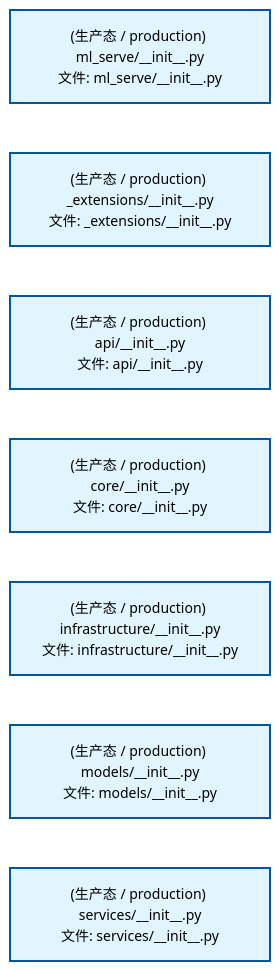
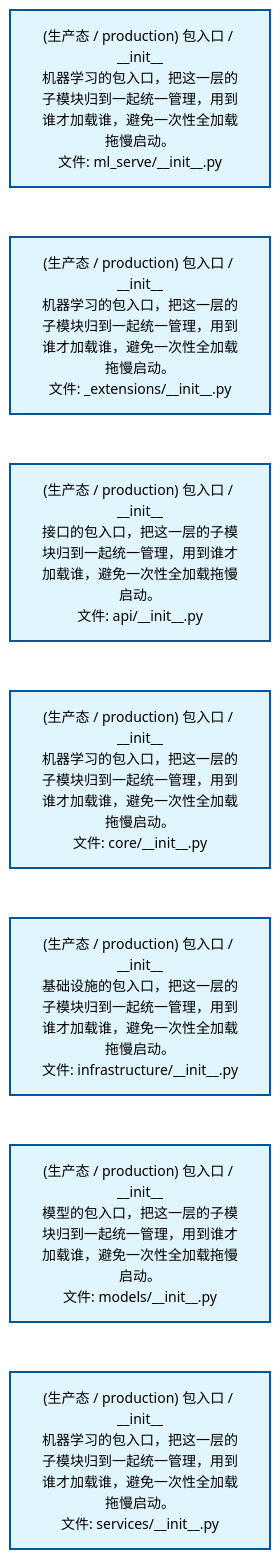
Before and after one commit to xuanFelixVan/ZephyrAlpha: the first of 2 diagrams in docs/02_enterprise_architecture/02_domain_architecture_docs/60_d_ml_serve.md, drawn with Mermaid. The commit also changed other lines of this file and 60 other files, not shown here.

````diff
--- a/docs/02_enterprise_architecture/02_domain_architecture_docs/60_d_ml_serve.md
+++ b/docs/02_enterprise_architecture/02_domain_architecture_docs/60_d_ml_serve.md
@@ -53,22 +53,22 @@
 ```mermaid
 %%{init: {'theme': 'base', 'themeVariables': {'primaryColor': '#eaeaea', 'primaryTextColor': '#333333', 'primaryBorderColor': '#666666', 'lineColor': '#666666', 'secondaryColor': '#eaeaea', 'tertiaryColor': '#eaeaea', 'fontSize': '14px'}}}%%
 flowchart TD
-    src_zephyr_ml_serve_init_py["(生产态 / production) ml_serve/__init__.py<br/>文件: ml_serve/__init__.py"]
-    src_zephyr_ml_serve_extensions_init_py["(生产态 / production) _extensions/__init__.py<br/>文件: _extensions/__init__.py"]
-    src_zephyr_ml_serve_api_init_py["(生产态 / production) api/__init__.py<br/>文件: api/__init__.py"]
-    src_zephyr_ml_serve_core_init_py["(生产态 / production) core/__init__.py<br/>文件: core/__init__.py"]
-    src_zephyr_ml_serve_infrastructure_init_py["(生产态 / production) infrastructure/__init__.py<br/>文件: infrastructure/__init__.py"]
-    src_zephyr_ml_serve_models_init_py["(生产态 / production) models/__init__.py<br/>文件: models/__init__.py"]
-    src_zephyr_ml_serve_services_init_py["(生产态 / production) services/__init__.py<br/>文件: services/__init__.py"]
+    src_zephyr_ml_serve_init_py["(生产态 / production) 包入口 / __init__<br/>机器学习的包入口，把这一层的子模块归到一起统一管理，用到谁才加载谁，避免一次性全加载拖慢启动。<br/>文件: ml_serve/__init__.py"]
+    src_zephyr_ml_serve_extensions_init_py["(生产态 / production) 包入口 / __init__<br/>机器学习的包入口，把这一层的子模块归到一起统一管理，用到谁才加载谁，避免一次性全加载拖慢启动。<br/>文件: _extensions/__init__.py"]
+    src_zephyr_ml_serve_api_init_py["(生产态 / production) 包入口 / __init__<br/>接口的包入口，把这一层的子模块归到一起统一管理，用到谁才加载谁，避免一次性全加载拖慢启动。<br/>文件: api/__init__.py"]
+    src_zephyr_ml_serve_core_init_py["(生产态 / production) 包入口 / __init__<br/>机器学习的包入口，把这一层的子模块归到一起统一管理，用到谁才加载谁，避免一次性全加载拖慢启动。<br/>文件: core/__init__.py"]
+    src_zephyr_ml_serve_infrastructure_init_py["(生产态 / production) 包入口 / __init__<br/>基础设施的包入口，把这一层的子模块归到一起统一管理，用到谁才加载谁，避免一次性全加载拖慢启动。<br/>文件: infrastructure/__init__.py"]
+    src_zephyr_ml_serve_models_init_py["(生产态 / production) 包入口 / __init__<br/>模型的包入口，把这一层的子模块归到一起统一管理，用到谁才加载谁，避免一次性全加载拖慢启动。<br/>文件: models/__init__.py"]
+    src_zephyr_ml_serve_services_init_py["(生产态 / production) 包入口 / __init__<br/>机器学习的包入口，把这一层的子模块归到一起统一管理，用到谁才加载谁，避免一次性全加载拖慢启动。<br/>文件: services/__init__.py"]
     src_zephyr_ml_serve_init_py ~~~ src_zephyr_ml_serve_extensions_init_py
     src_zephyr_ml_serve_extensions_init_py ~~~ src_zephyr_ml_serve_api_init_py
     src_zephyr_ml_serve_api_init_py ~~~ src_zephyr_ml_serve_core_init_py
     src_zephyr_ml_serve_core_init_py ~~~ src_zephyr_ml_serve_infrastructure_init_py
     src_zephyr_ml_serve_infrastructure_init_py ~~~ src_zephyr_ml_serve_models_init_py
     src_zephyr_ml_serve_models_init_py ~~~ src_zephyr_ml_serve_services_init_py
     classDef production fill:#e1f5fe,stroke:#01579b,stroke-width:2px,color:#000
     classDef design fill:#fff3e0,stroke:#e65100,stroke-width:2px,color:#000,stroke-dasharray: 5 5
     classDef external_prod fill:#e8f4fd,stroke:#0277bd,stroke-width:1px,color:#000
     classDef external_design fill:#fff8e7,stroke:#ef6c00,stroke-width:1px,color:#000,stroke-dasharray: 5 5
     class src_zephyr_ml_serve_init_py,src_zephyr_ml_serve_extensions_init_py,src_zephyr_ml_serve_api_init_py,src_zephyr_ml_serve_core_init_py,src_zephyr_ml_serve_infrastructure_init_py,src_zephyr_ml_serve_models_init_py,src_zephyr_ml_serve_services_init_py production
 ```
````
